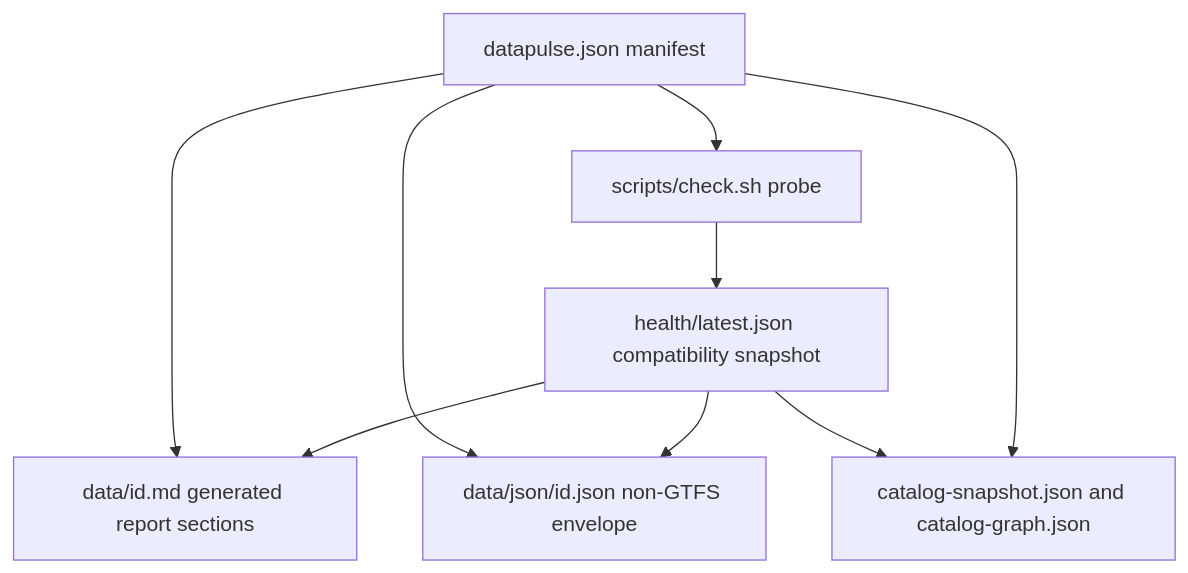
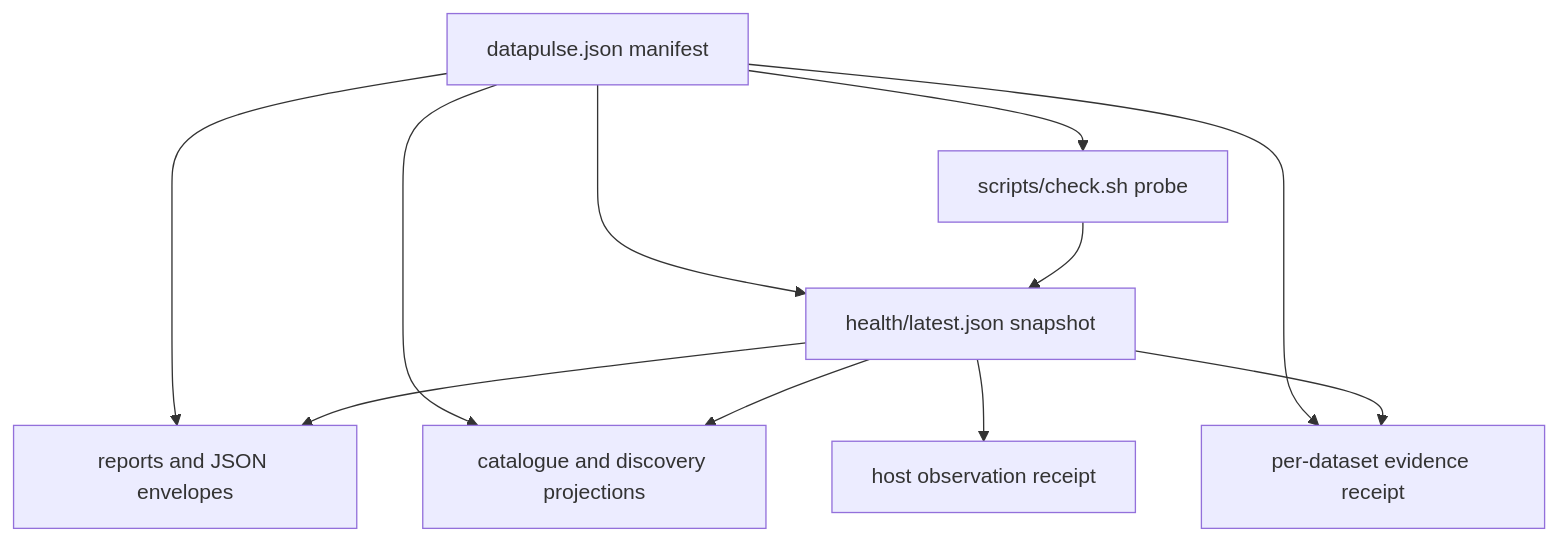
One commit to r3dz4r/datapulse-my changed the diagram in openwiki/datasets.md. Above: the diagram before and after it, drawn with Mermaid. The commit also changed other lines of this file and 4 other files, not shown here.

````diff
--- a/openwiki/datasets.md
+++ b/openwiki/datasets.md
@@ -69,11 +69,13 @@
 ```mermaid
 flowchart TD
-    M["datapulse.json manifest"] --> P["scripts/check.sh probe"]
-    P --> H["health/latest.json compatibility snapshot"]
-    H --> R["data/id.md generated report sections"]
-    H --> E["data/json/id.json non-GTFS envelope"]
-    M --> C["catalog-snapshot.json and catalog-graph.json"]
-    H --> C
-    M --> E
+    M["datapulse.json manifest"] --> S["scripts/check.sh probe"]
+    S --> H["health/latest.json snapshot"]
+    M --> H
+    H --> G["reports and JSON envelopes"]
+    M --> G
+    H --> D["catalogue and discovery projections"]
+    M --> D
+    H --> R["per-dataset evidence receipt"]
     M --> R
+    H --> O["host observation receipt"]
 ```
````
